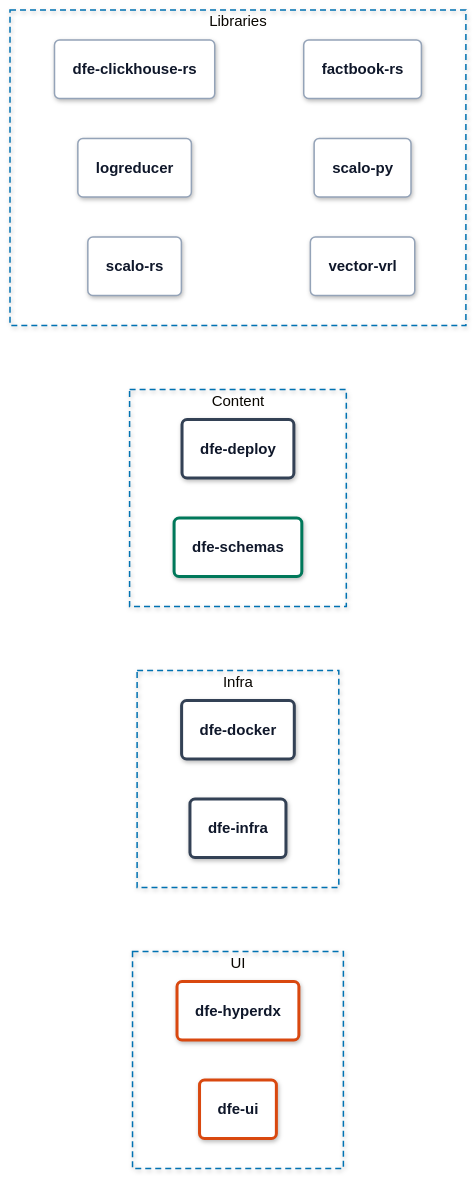
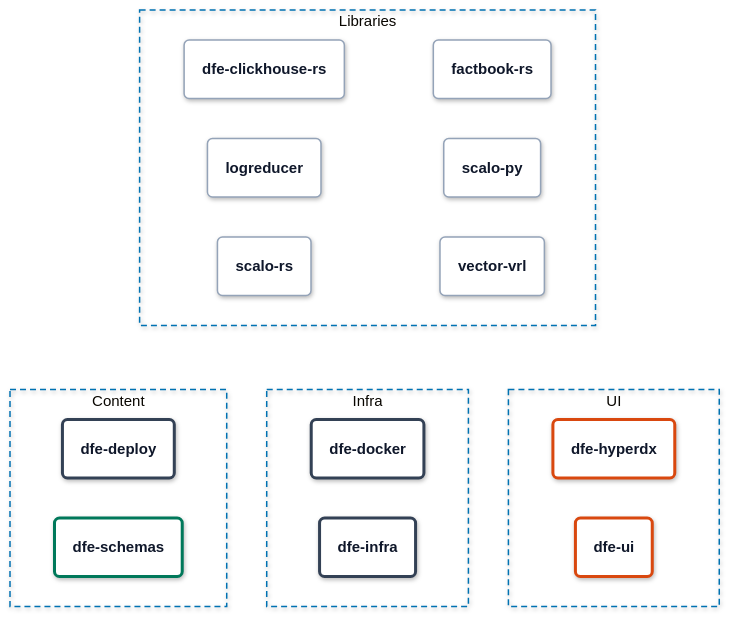
One commit to hyperi-io/dfe-infra changed the second of 19 diagrams in docs/suite-graph.md. Above: the diagram before and after it, drawn with Mermaid. The commit also changed 6 other files, not shown here.

First line of the commit message:
docs(diagrams): fit six diagrams under the 600 px limit

```diff
--- a/docs/suite-graph.md
+++ b/docs/suite-graph.md
@@ -216,7 +216,9 @@
         dfe_hyperdx("<b>dfe-hyperdx</b>")
         dfe_ui("<b>dfe-ui</b>")
     end
-    libraries ~~~ content ~~~ infra ~~~ ui
+    libraries ~~~ content
+    libraries ~~~ infra
+    libraries ~~~ ui
 
     class dfe_deploy,dfe_docker,dfe_infra control
     class dfe_clickhouse_rs,factbook_rs,logreducer,scalo_py,scalo_rs,vector_vrl part
```
